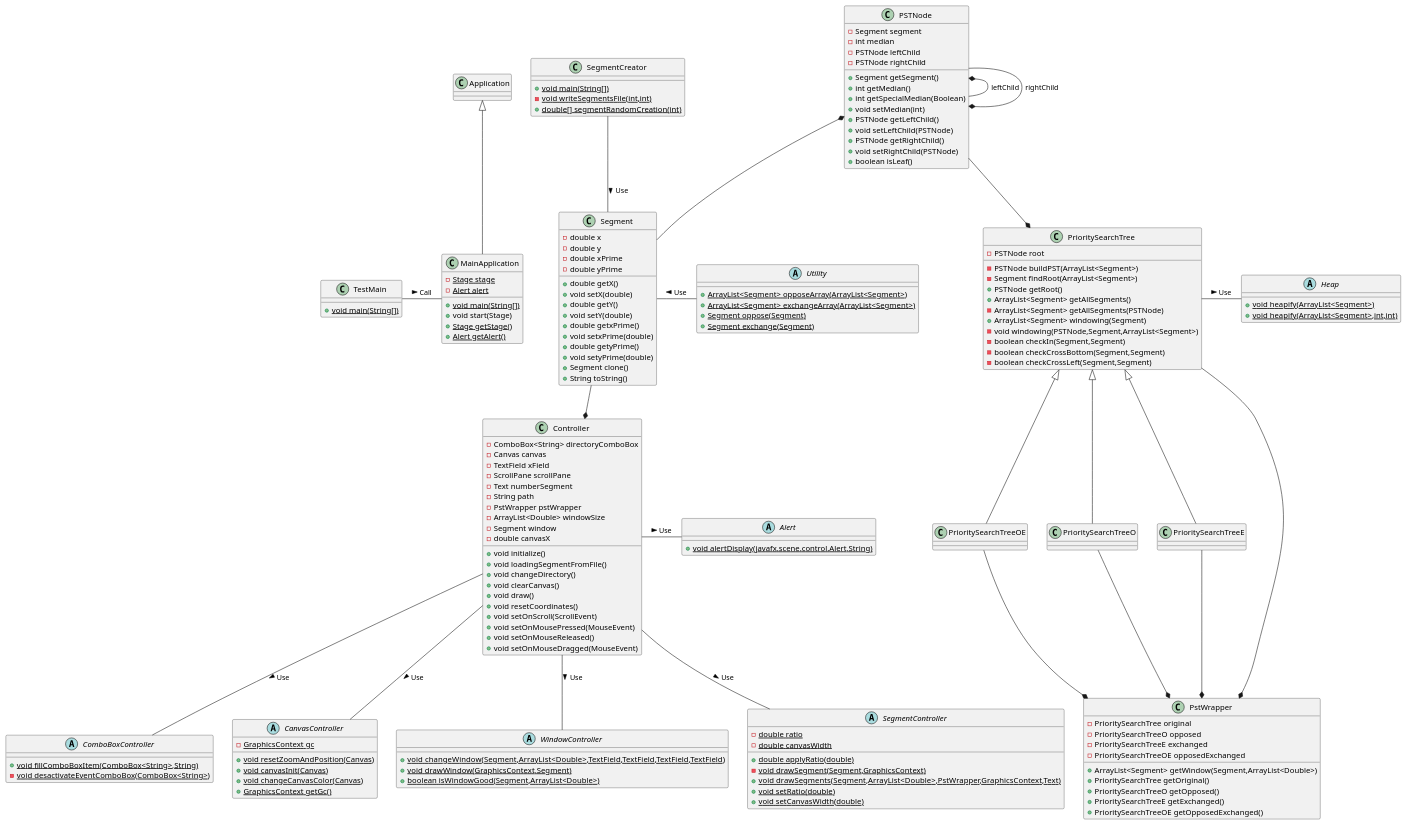
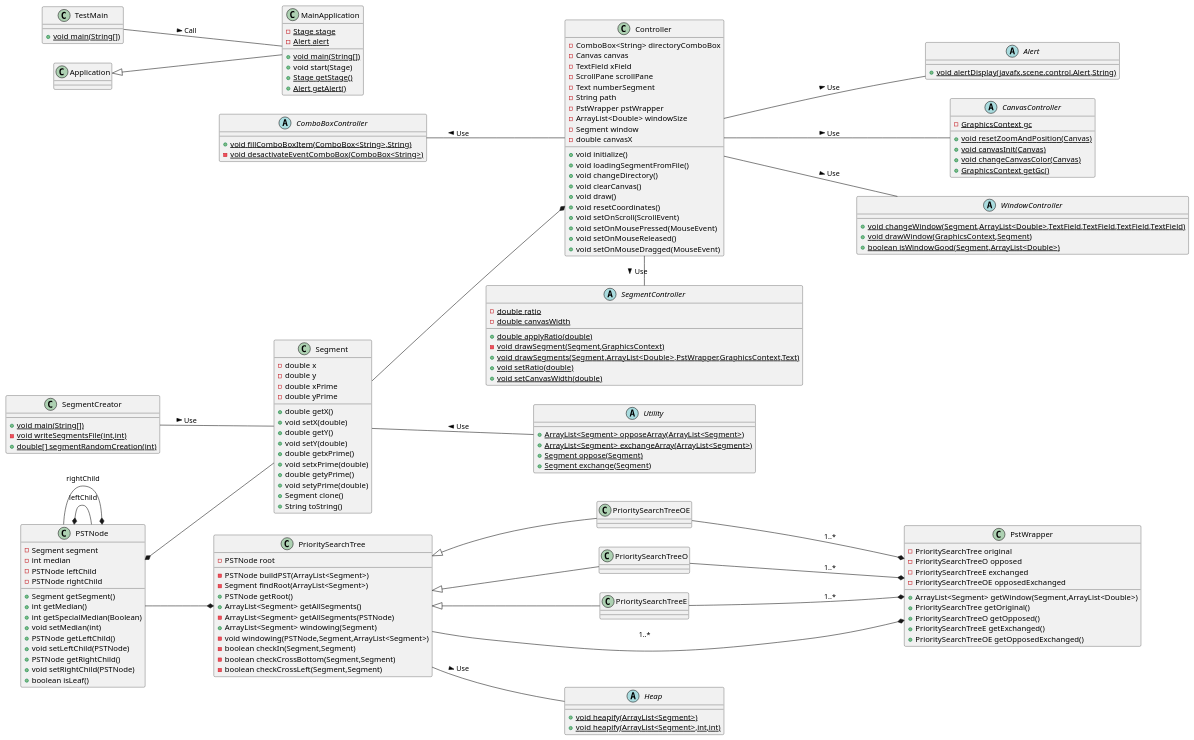
The diagram in Code/windowing-ssd2/src/main/resources/uml/SDD.puml (LiocansG/windowing-sdd2), drawn with PlantUML before and after one commit. The commit also changed 64 other files, not shown here.

```diff
--- a/Code/windowing-ssd2/src/main/resources/uml/SDD.puml
+++ b/Code/windowing-ssd2/src/main/resources/uml/SDD.puml
@@ -1,163 +1,163 @@
 @startuml
+left to right direction
 class TestMain {
 + {static} void main(String[])
 }
 abstract class ComboBoxController {
 + {static} void fillComboBoxItem(ComboBox<String>,String)
 - {static} void desactivateEventComboBox(ComboBox<String>)
 }
 class PrioritySearchTreeOE {
 }
 class PrioritySearchTreeO {
 }
 abstract class Alert {
 + {static} void alertDisplay(javafx.scene.control.Alert,String)
 }
 abstract class CanvasController {
 - {static} GraphicsContext gc
 + {static} void resetZoomAndPosition(Canvas)
 + {static} void canvasInit(Canvas)
 + {static} void changeCanvasColor(Canvas)
 + {static} GraphicsContext getGc()
 }
 class PrioritySearchTreeE {
 }
 class SegmentCreator {
 + {static} void main(String[])
 - {static} void writeSegmentsFile(int,int)
 + {static} double[] segmentRandomCreation(int)
 }
 class PstWrapper {
 - PrioritySearchTree original
 - PrioritySearchTreeO opposed
 - PrioritySearchTreeE exchanged
 - PrioritySearchTreeOE opposedExchanged
 + ArrayList<Segment> getWindow(Segment,ArrayList<Double>)
 + PrioritySearchTree getOriginal()
 + PrioritySearchTreeO getOpposed()
 + PrioritySearchTreeE getExchanged()
 + PrioritySearchTreeOE getOpposedExchanged()
 }
 abstract class WindowController {
 + {static} void changeWindow(Segment,ArrayList<Double>,TextField,TextField,TextField,TextField)
 + {static} void drawWindow(GraphicsContext,Segment)
 + {static} boolean isWindowGood(Segment,ArrayList<Double>)
 }
 abstract class Utility {
 + {static} ArrayList<Segment> opposeArray(ArrayList<Segment>)
 + {static} ArrayList<Segment> exchangeArray(ArrayList<Segment>)
 + {static} Segment oppose(Segment)
 + {static} Segment exchange(Segment)
 }
 abstract class SegmentController {
 - {static} double ratio
 - {static} double canvasWidth
 + {static} double applyRatio(double)
 - {static} void drawSegment(Segment,GraphicsContext)
 + {static} void drawSegments(Segment,ArrayList<Double>,PstWrapper,GraphicsContext,Text)
 + {static} void setRatio(double)
 + {static} void setCanvasWidth(double)
 }
 class PSTNode {
 - Segment segment
 - int median
 - PSTNode leftChild
 - PSTNode rightChild
 + Segment getSegment()
 + int getMedian()
 + int getSpecialMedian(Boolean)
 + void setMedian(int)
 + PSTNode getLeftChild()
 + void setLeftChild(PSTNode)
 + PSTNode getRightChild()
 + void setRightChild(PSTNode)
 + boolean isLeaf()
 }
 class Segment {
 - double x
 - double y
 - double xPrime
 - double yPrime
 + double getX()
 + void setX(double)
 + double getY()
 + void setY(double)
 + double getxPrime()
 + void setxPrime(double)
 + double getyPrime()
 + void setyPrime(double)
 + Segment clone()
 + String toString()
 }
 class Controller {
 - ComboBox<String> directoryComboBox
 - Canvas canvas
 - TextField xField
 - ScrollPane scrollPane
 - Text numberSegment
 - String path
 - PstWrapper pstWrapper
 - ArrayList<Double> windowSize
 - Segment window
 - double canvasX
 + void initialize()
 + void loadingSegmentFromFile()
 + void changeDirectory()
 + void clearCanvas()
 + void draw()
 + void resetCoordinates()
 + void setOnScroll(ScrollEvent)
 + void setOnMousePressed(MouseEvent)
 + void setOnMouseReleased()
 + void setOnMouseDragged(MouseEvent)
 }
 class MainApplication {
 - {static} Stage stage
 - {static} Alert alert
 + {static} void main(String[])
 + void start(Stage)
 + {static} Stage getStage()
 + {static} Alert getAlert()
 }
 abstract class Heap {
 + {static} void heapify(ArrayList<Segment>)
 + {static} void heapify(ArrayList<Segment>,int,int)
 }
 class PrioritySearchTree {
 - PSTNode root
 - PSTNode buildPST(ArrayList<Segment>)
 - Segment findRoot(ArrayList<Segment>)
 + PSTNode getRoot()
 + ArrayList<Segment> getAllSegments()
 - ArrayList<Segment> getAllSegments(PSTNode)
 + ArrayList<Segment> windowing(Segment)
 - void windowing(PSTNode,Segment,ArrayList<Segment>)
 - boolean checkIn(Segment,Segment)
 - boolean checkCrossBottom(Segment,Segment)
 - boolean checkCrossLeft(Segment,Segment)
 }
 
-
+Application <|-- MainApplication
+TestMain -- MainApplication : Call >
 PrioritySearchTree <|-- PrioritySearchTreeOE
 PrioritySearchTree <|-- PrioritySearchTreeO
 PrioritySearchTree <|-- PrioritySearchTreeE
 PSTNode --* PrioritySearchTree
 PSTNode *-- PSTNode : leftChild
 PSTNode --* PSTNode : rightChild
 PSTNode *-- Segment
-Application <|-- MainApplication
-TestMain - MainApplication : Call >
-PrioritySearchTree --* PstWrapper
-PrioritySearchTreeOE --* PstWrapper
-PrioritySearchTreeO --* PstWrapper
-PrioritySearchTreeE --* PstWrapper
-Segment -  Utility : Use <
-PrioritySearchTree - Heap : Use >
-Controller - Alert : Use >
-Controller -d- WindowController : Use >
-Controller -d- SegmentController : Use >
-Controller -d- CanvasController : Use >
-Controller -d- ComboBoxController : Use >
+PrioritySearchTree --* PstWrapper : 1..*
+PrioritySearchTreeOE --* PstWrapper : 1..*
+PrioritySearchTreeO --* PstWrapper : 1..*
+PrioritySearchTreeE --* PstWrapper : 1..*
+Segment --  Utility : Use <
+PrioritySearchTree -- Heap : Use >
+Controller -- Alert : Use >
+Controller -- WindowController : Use >
+Controller -r- SegmentController : Use >
+Controller -- CanvasController : Use >
+Controller -u- ComboBoxController : Use >
 Segment --* Controller
 SegmentCreator -- Segment : Use >
 @enduml
```
